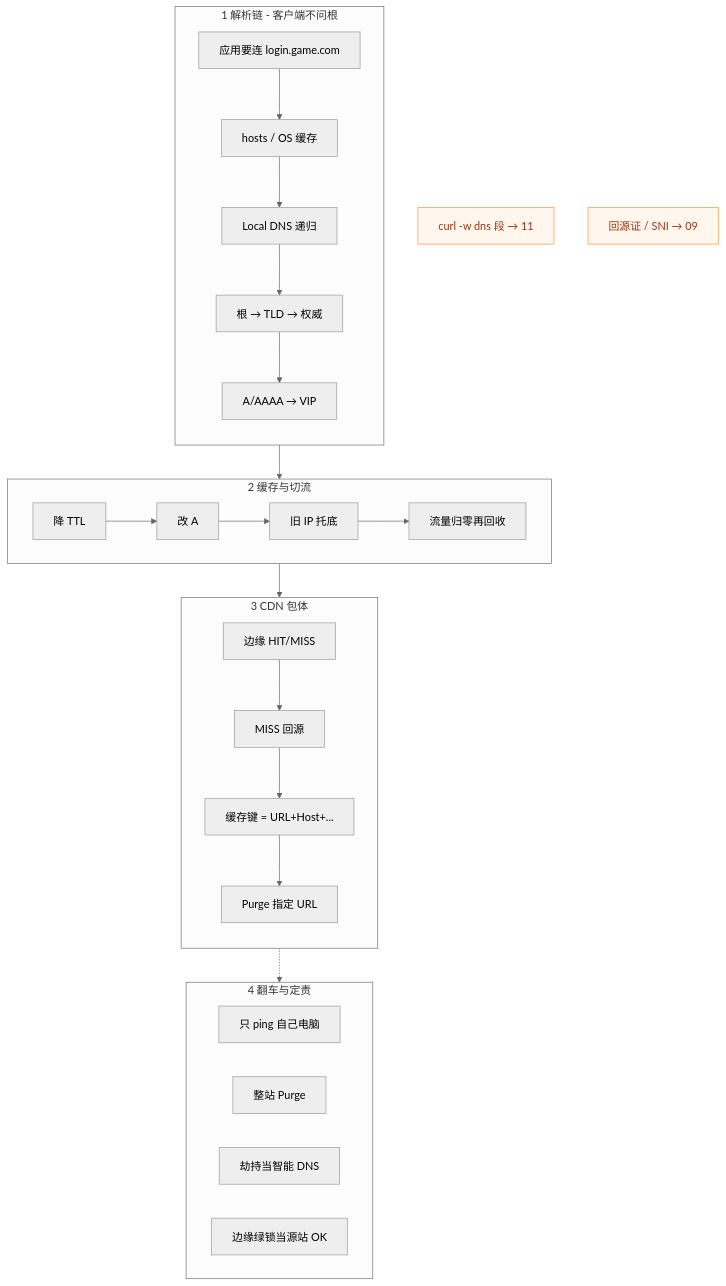
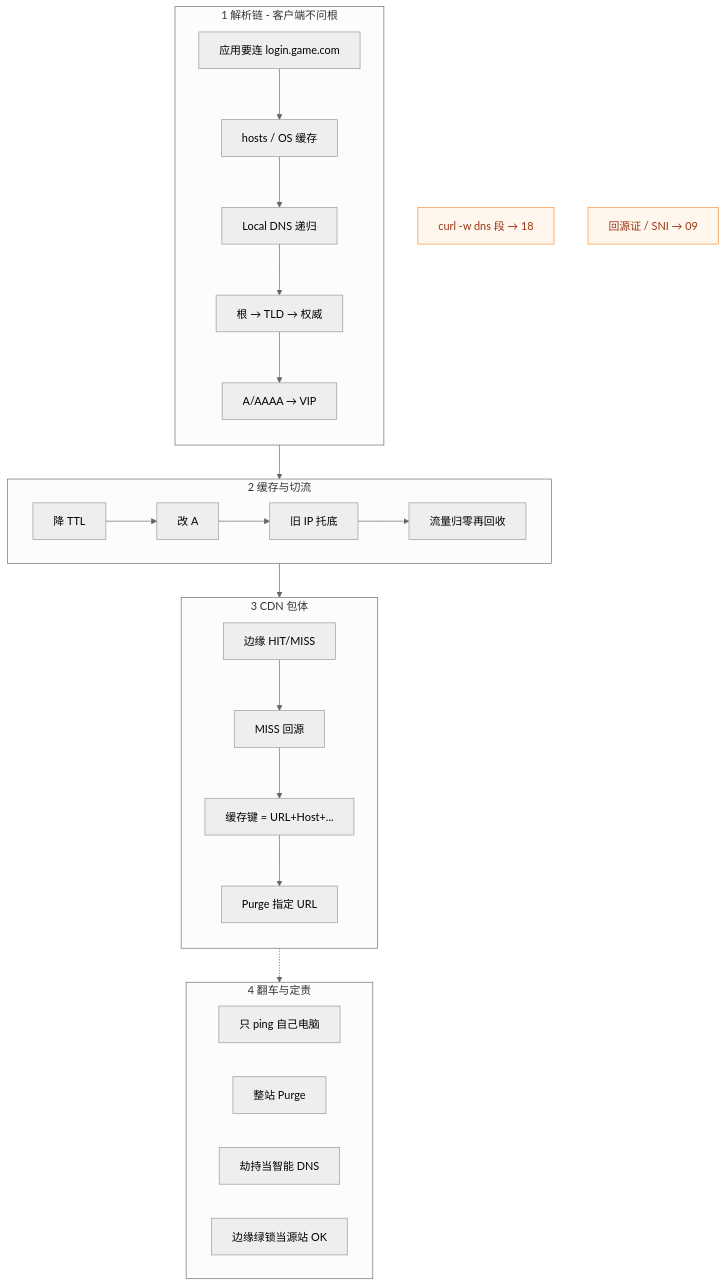
One commit to ml-cuizijun/LearnToLilith changed the first of 7 diagrams in 01-基础底座/15-DNS与CDN/知识点.md. Above: the diagram before and after it, drawn with Mermaid (neutral theme). The commit also changed other lines of this file and 56 other files, not shown here.

````diff
--- a/01-基础底座/15-DNS与CDN/知识点.md
+++ b/01-基础底座/15-DNS与CDN/知识点.md
@@ -69,45 +69,45 @@
 ```mermaid
 flowchart TB
     classDef dns fill:#1D4ED8,stroke:#1E3A8A,color:#fff
     classDef cache fill:#047857,stroke:#065F46,color:#fff
     classDef cdn fill:#7C3AED,stroke:#5B21B6,color:#fff
     classDef danger fill:#C2410C,stroke:#9A3412,color:#fff
     classDef note fill:#FFF7ED,stroke:#FB923C,color:#9A3412
 
     subgraph RES["1 解析链 - 客户端不问根"]
         direction TB
         A1["应用要连 login.game.com"] --> A2["hosts / OS 缓存"]
         A2 --> A3["Local DNS 递归"]
         A3 --> A4["根 → TLD → 权威"]
         A4 --> A5["A/AAAA → VIP"]
     end
 
     subgraph TTL["2 缓存与切流"]
         direction LR
         T1["降 TTL"] --> T2["改 A"]
         T2 --> T3["旧 IP 托底"]
         T3 --> T4["流量归零再回收"]
     end
 
     subgraph CDN["3 CDN 包体"]
         direction TB
         C1["边缘 HIT/MISS"] --> C2["MISS 回源"]
         C2 --> C3["缓存键 = URL+Host+..."]
         C3 --> C4["Purge 指定 URL"]
     end
 
     subgraph FAIL["4 翻车与定责"]
         direction LR
         F1["只 ping 自己电脑"]
         F2["整站 Purge"]
         F3["劫持当智能 DNS"]
         F4["边缘绿锁当源站 OK"]
     end
 
     RES --> TTL
     TTL --> CDN
     CDN -.-> FAIL
 
-    N1["curl -w dns 段 → 11"]:::note
+    N1["curl -w dns 段 → 18"]:::note
     N2["回源证 / SNI → 09"]:::note
 ```
````
